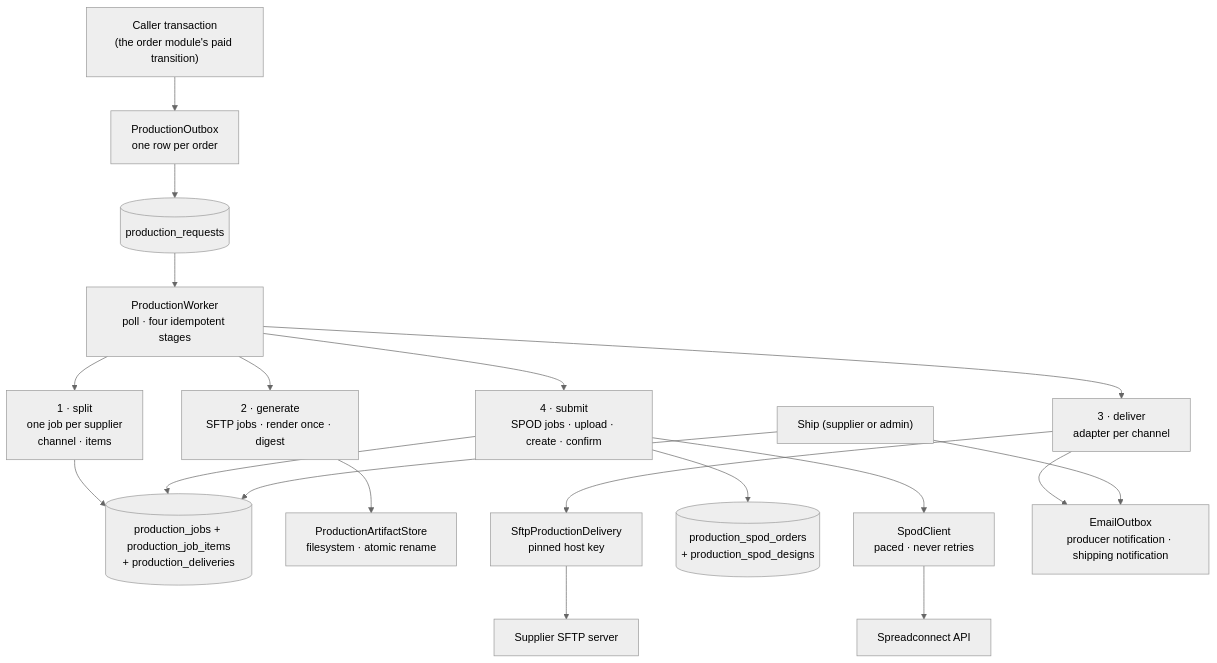
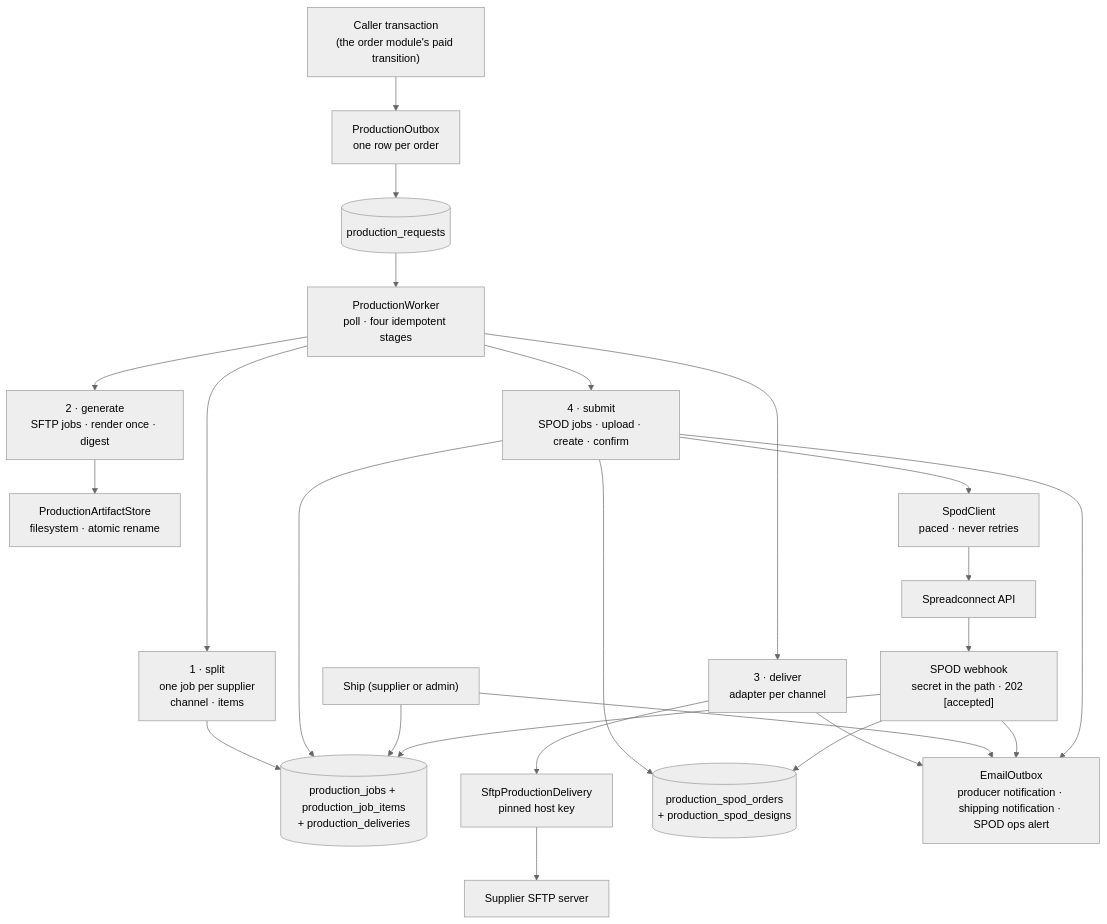
Before and after one commit to bitstorm-tech/voenix-shop-kotlin: the first of 2 diagrams in docs/dev/backend/production-package.md, drawn with Mermaid (neutral theme). The commit also changed other lines of this file and 12 other files, not shown here.

````diff
--- a/docs/dev/backend/production-package.md
+++ b/docs/dev/backend/production-package.md
@@ -58,31 +59,37 @@
 ```mermaid
 flowchart TB
     Caller["Caller transaction<br/>(the order module's paid transition)"]
     Outbox["ProductionOutbox<br/>one row per order"]
     Requests[("production_requests")]
     Worker["ProductionWorker<br/>poll · four idempotent stages"]
     Split["1 · split<br/>one job per supplier<br/>channel · items"]
     Jobs[("production_jobs + production_job_items<br/>+ production_deliveries")]
     Generate["2 · generate<br/>SFTP jobs · render once · digest"]
     Store["ProductionArtifactStore<br/>filesystem · atomic rename"]
     Deliver["3 · deliver<br/>adapter per channel"]
     Sftp["SftpProductionDelivery<br/>pinned host key"]
     Server["Supplier SFTP server"]
     Submit["4 · submit<br/>SPOD jobs · upload · create · confirm"]
     SpodTables[("production_spod_orders<br/>+ production_spod_designs")]
     Spod["SpodClient<br/>paced · never retries"]
     Partner["Spreadconnect API"]
-    Email["EmailOutbox<br/>producer notification · shipping notification"]
+    Email["EmailOutbox<br/>producer notification · shipping notification · SPOD ops alert"]
     Ship["Ship (supplier or admin)"]
+    Webhook["SPOD webhook<br/>secret in the path · 202 [accepted]"]
 
     Caller --> Outbox --> Requests --> Worker
     Worker --> Split --> Jobs
     Worker --> Generate --> Store
     Worker --> Deliver --> Sftp --> Server
     Worker --> Submit --> Spod --> Partner
     Submit --> SpodTables
     Submit --> Jobs
     Deliver --> Email
     Ship --> Jobs
     Ship --> Email
+    Partner --> Webhook
+    Webhook --> Jobs
+    Webhook --> SpodTables
+    Webhook --> Email
+    Submit --> Email
 ```
````
